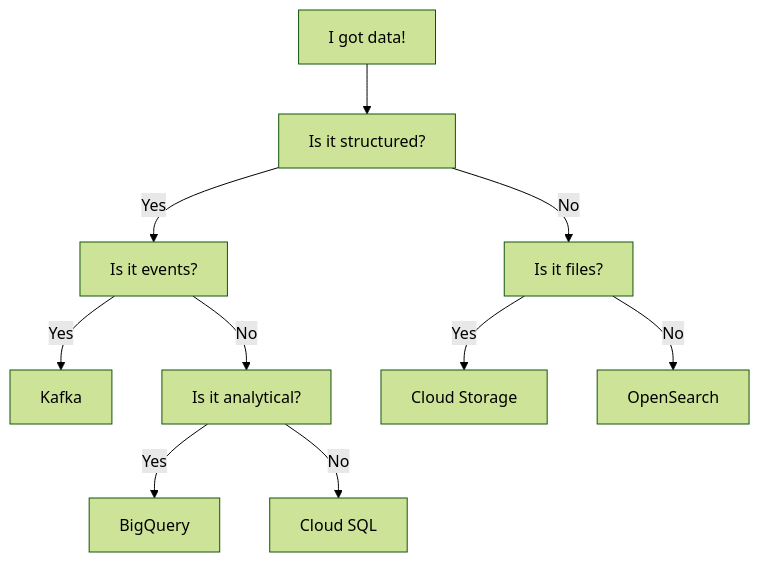
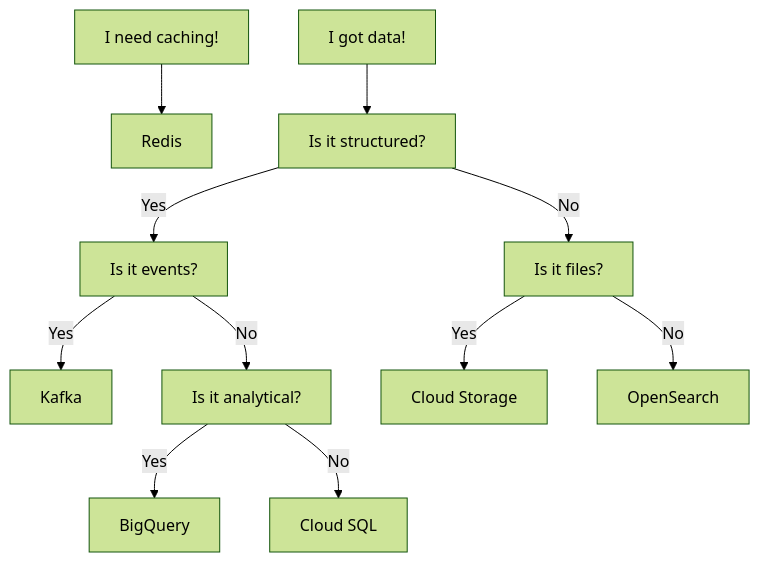
Before and after one commit to nais/doc: the diagram in docs/persistence/README.md, drawn with Mermaid (forest theme). The commit also changed other lines of this file and 2 other files, not shown here.

Commit message:
Update decission tree for Redis persistence

````diff
--- a/docs/persistence/README.md
+++ b/docs/persistence/README.md
@@ -34,18 +34,20 @@
 ```mermaid
 graph TD
+  F[I need caching!] --> REDIS[Redis]
   A[I got data!] --> B[Is it structured?]
   B --> |Yes| C[Is it events?]
   B --> |No| D[Is it files?]
   C --> |Yes| Kafka
   C --> |No| E[Is it analytical?]
   D --> |Yes| GCS[Cloud Storage]
   D --> |No| Opensearch[OpenSearch]
   E --> |Yes| GBQ[BigQuery]
   E --> |No| GCSQL[Cloud SQL]
 
+  click REDIS "#redis"
   click GBQ "#bigquery"
   click GCS "#cloud-storage-buckets"
   click GCSQL "#cloud-sql"
   click Kafka "#kafka"
   click Opensearch "#opensearch"
 ```
````
